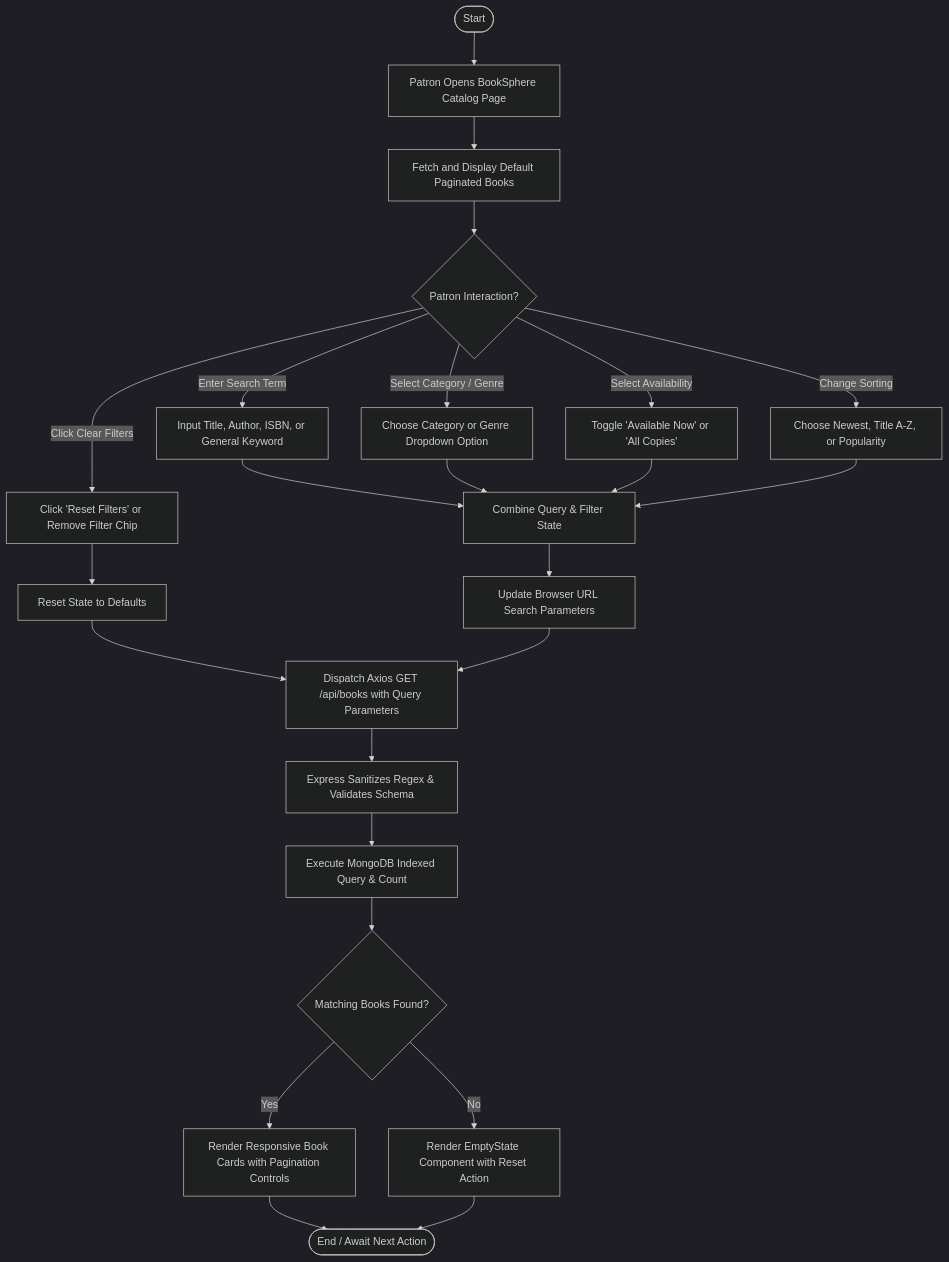
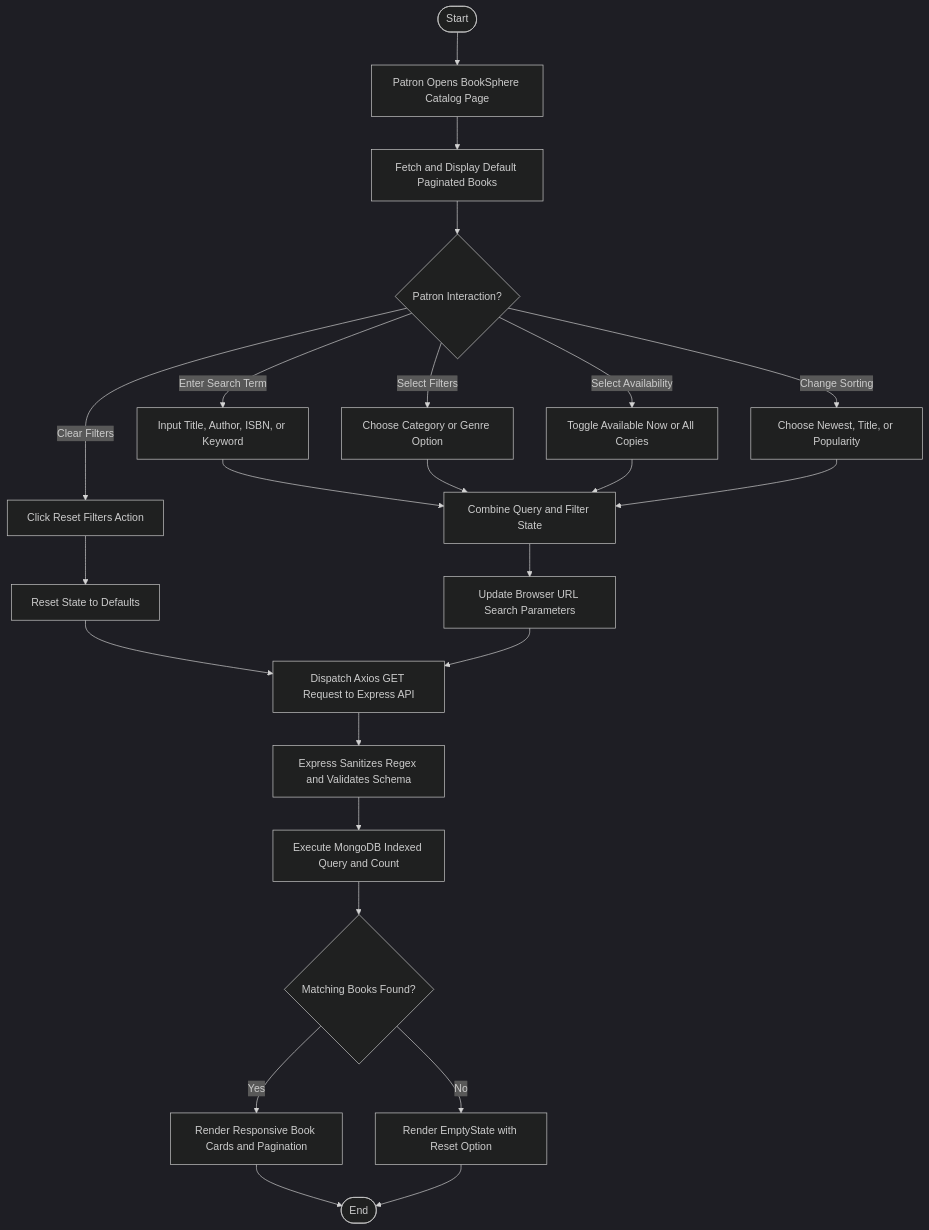
Before and after one commit to piyush-1331/BookSphere: the sixth of 7 diagrams in README.md, drawn with Mermaid (dark theme). The commit also changed other lines of this file, not shown here.

Commit message:
fix(docs): resolve GitHub Mermaid diagram parsing errors across all sections

````diff
--- a/README.md
+++ b/README.md
@@ -574,32 +576,32 @@
 ```mermaid
 flowchart TD
-    Start([Start]) --> OpenCatalog[Patron Opens BookSphere Catalog Page]
-    OpenCatalog --> DisplayDefault[Fetch and Display Default Paginated Books]
-    DisplayDefault --> UserAction{Patron Interaction?}
+    StartNode([Start]) --> OpenCatalog["Patron Opens BookSphere Catalog Page"]
+    OpenCatalog --> DisplayDefault["Fetch and Display Default Paginated Books"]
+    DisplayDefault --> UserAction{"Patron Interaction?"}
 
-    UserAction -->|Enter Search Term| InputQuery[Input Title, Author, ISBN, or General Keyword]
-    UserAction -->|Select Category / Genre| SelectFilter[Choose Category or Genre Dropdown Option]
-    UserAction -->|Select Availability| SelectStock[Toggle 'Available Now' or 'All Copies']
-    UserAction -->|Change Sorting| SelectSort[Choose Newest, Title A-Z, or Popularity]
-    UserAction -->|Click Clear Filters| ClearAll[Click 'Reset Filters' or Remove Filter Chip]
+    UserAction -->|Enter Search Term| InputQuery["Input Title, Author, ISBN, or Keyword"]
+    UserAction -->|Select Filters| SelectFilter["Choose Category or Genre Option"]
+    UserAction -->|Select Availability| SelectStock["Toggle Available Now or All Copies"]
+    UserAction -->|Change Sorting| SelectSort["Choose Newest, Title, or Popularity"]
+    UserAction -->|Clear Filters| ClearAll["Click Reset Filters Action"]
 
-    InputQuery --> CombineState[Combine Query & Filter State]
+    InputQuery --> CombineState["Combine Query and Filter State"]
     SelectFilter --> CombineState
     SelectStock --> CombineState
     SelectSort --> CombineState
-    ClearAll --> ResetQuery[Reset State to Defaults]
+    ClearAll --> ResetQuery["Reset State to Defaults"]
     ResetQuery --> SendAPI
 
-    CombineState --> SyncURL[Update Browser URL Search Parameters]
-    SyncURL --> SendAPI[Dispatch Axios GET /api/books with Query Parameters]
+    CombineState --> SyncURL["Update Browser URL Search Parameters"]
+    SyncURL --> SendAPI["Dispatch Axios GET Request to Express API"]
     
-    SendAPI --> ExpressProcess[Express Sanitizes Regex & Validates Schema]
-    ExpressProcess --> QueryMongo[Execute MongoDB Indexed Query & Count]
-    QueryMongo --> ResultsFound{Matching Books Found?}
+    SendAPI --> ExpressProcess["Express Sanitizes Regex and Validates Schema"]
+    ExpressProcess --> QueryMongo["Execute MongoDB Indexed Query and Count"]
+    QueryMongo --> ResultsFound{"Matching Books Found?"}
 
-    ResultsFound -->|Yes| RenderGrid[Render Responsive Book Cards with Pagination Controls]
-    ResultsFound -->|No| RenderEmpty[Render EmptyState Component with Reset Action]
+    ResultsFound -->|Yes| RenderGrid["Render Responsive Book Cards and Pagination"]
+    ResultsFound -->|No| RenderEmpty["Render EmptyState with Reset Option"]
 
-    RenderGrid --> End([End / Await Next Action])
-    RenderEmpty --> End
+    RenderGrid --> EndNode([End])
+    RenderEmpty --> EndNode
 ```
````
